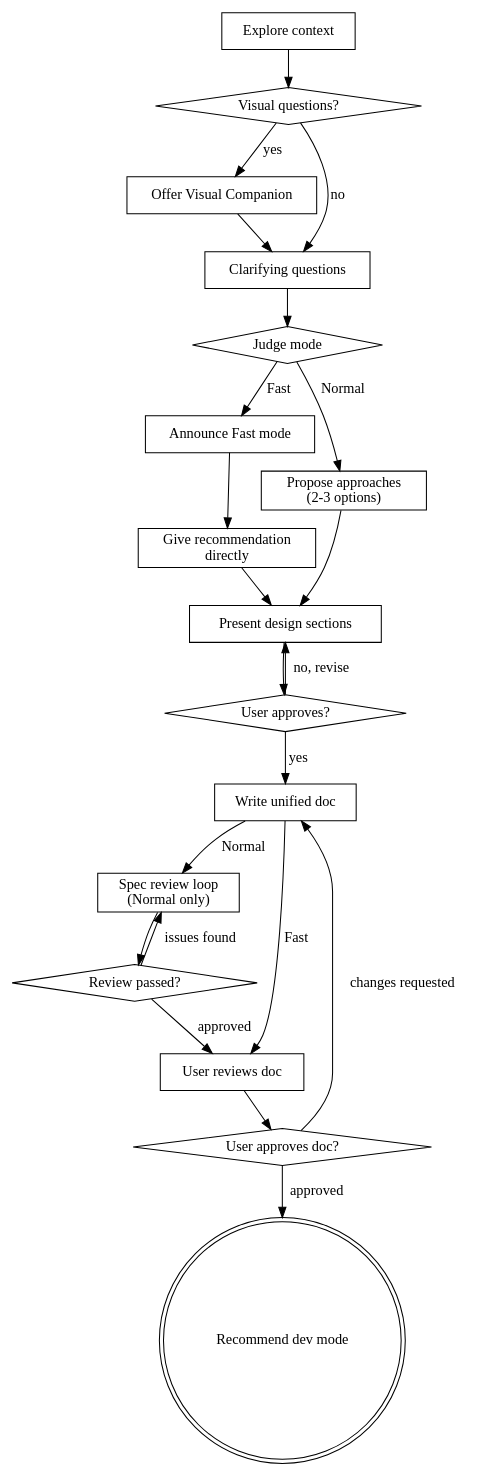
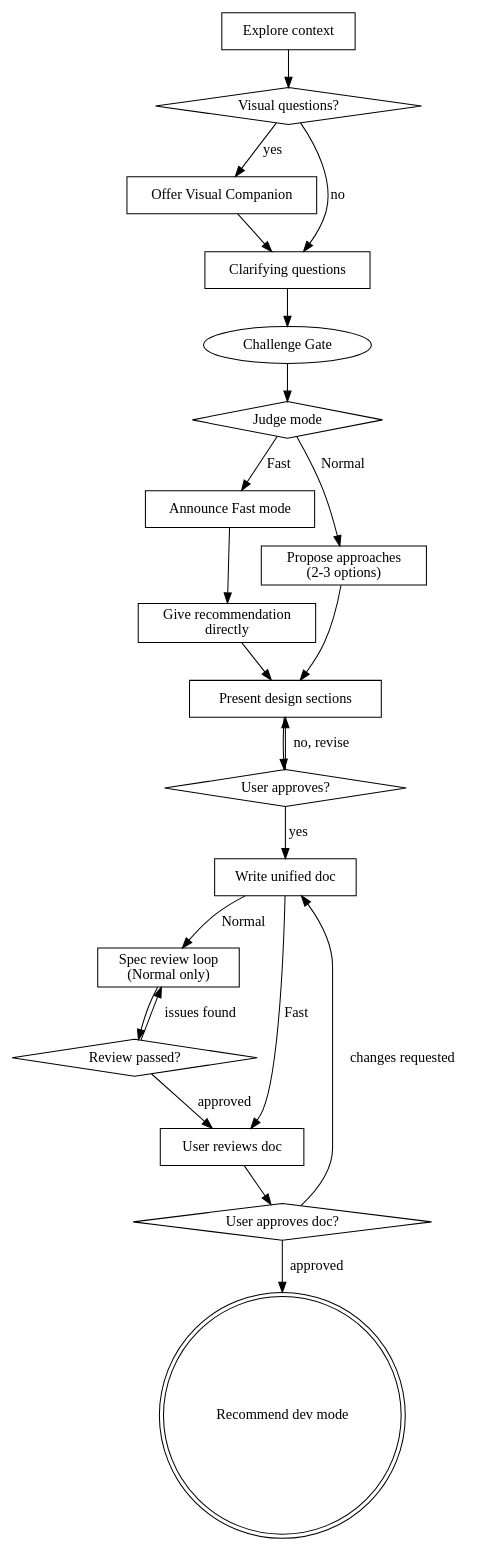
Before and after one commit to Jiangwlee/oh-my-superpowers: the diagram in skills/brainstorming/SKILL.md, drawn with Graphviz. The commit also changed other lines of this file, not shown here.

First line of the commit message:
feat(brainstorming): add mandatory Challenge Gate to counter sycophancy

````diff
--- a/skills/brainstorming/SKILL.md
+++ b/skills/brainstorming/SKILL.md
@@ -56,43 +57,44 @@
 ```dot
 digraph brainstorming {
     rankdir=TB;
     "Explore context" [shape=box];
     "Visual questions?" [shape=diamond];
     "Offer Visual Companion" [shape=box];
     "Clarifying questions" [shape=box];
     "Judge mode" [shape=diamond];
     "Announce Fast mode" [shape=box];
     "Propose approaches\n(2-3 options)" [shape=box];
     "Give recommendation\ndirectly" [shape=box];
     "Present design sections" [shape=box];
     "User approves?" [shape=diamond];
     "Write unified doc" [shape=box];
     "Spec review loop\n(Normal only)" [shape=box];
     "Review passed?" [shape=diamond];
     "User reviews doc" [shape=box];
     "User approves doc?" [shape=diamond];
     "Recommend dev mode" [shape=doublecircle];
 
     "Explore context" -> "Visual questions?";
     "Visual questions?" -> "Offer Visual Companion" [label="yes"];
     "Visual questions?" -> "Clarifying questions" [label="no"];
     "Offer Visual Companion" -> "Clarifying questions";
-    "Clarifying questions" -> "Judge mode";
+    "Clarifying questions" -> "Challenge Gate";
+    "Challenge Gate" -> "Judge mode";
     "Judge mode" -> "Announce Fast mode" [label="Fast"];
     "Judge mode" -> "Propose approaches\n(2-3 options)" [label="Normal"];
     "Announce Fast mode" -> "Give recommendation\ndirectly";
     "Propose approaches\n(2-3 options)" -> "Present design sections";
     "Give recommendation\ndirectly" -> "Present design sections";
     "Present design sections" -> "User approves?" ;
     "User approves?" -> "Present design sections" [label="no, revise"];
     "User approves?" -> "Write unified doc" [label="yes"];
     "Write unified doc" -> "Spec review loop\n(Normal only)" [label="Normal"];
     "Write unified doc" -> "User reviews doc" [label="Fast"];
     "Spec review loop\n(Normal only)" -> "Review passed?";
     "Review passed?" -> "Spec review loop\n(Normal only)" [label="issues found"];
     "Review passed?" -> "User reviews doc" [label="approved"];
     "User reviews doc" -> "User approves doc?";
     "User approves doc?" -> "Write unified doc" [label="changes requested"];
     "User approves doc?" -> "Recommend dev mode" [label="approved"];
 }
 ```
````
